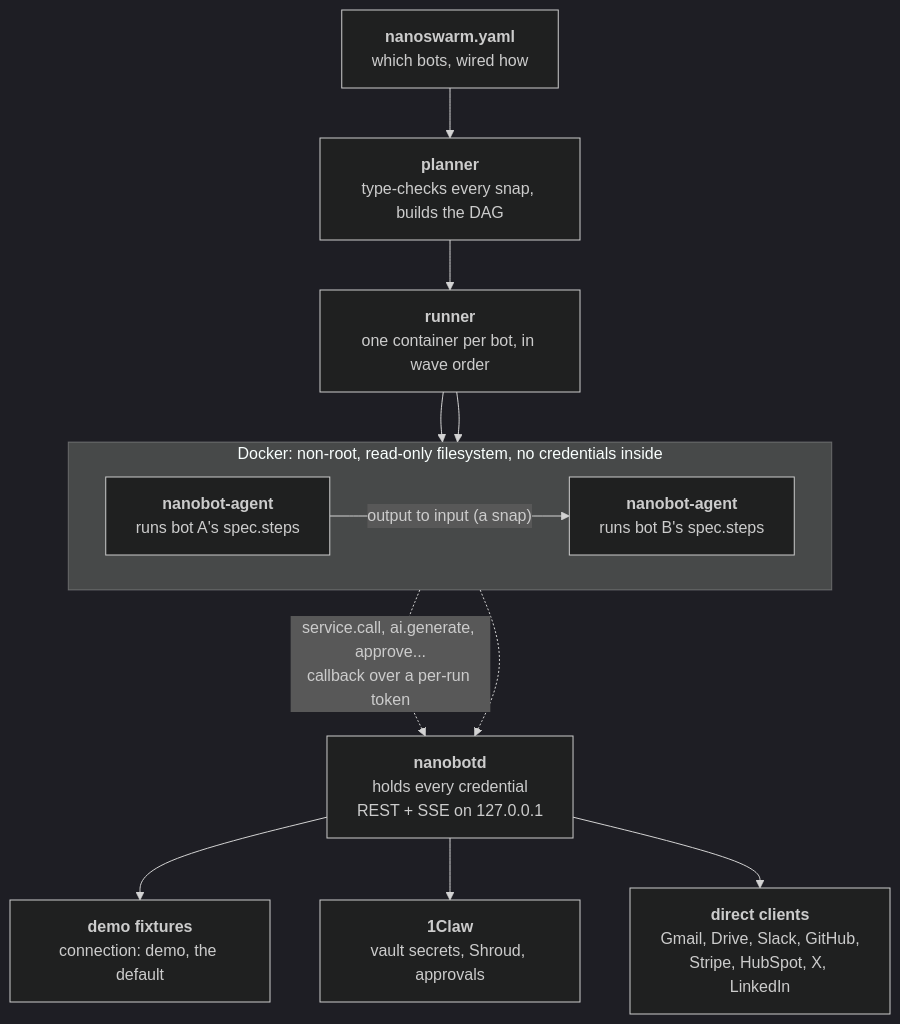
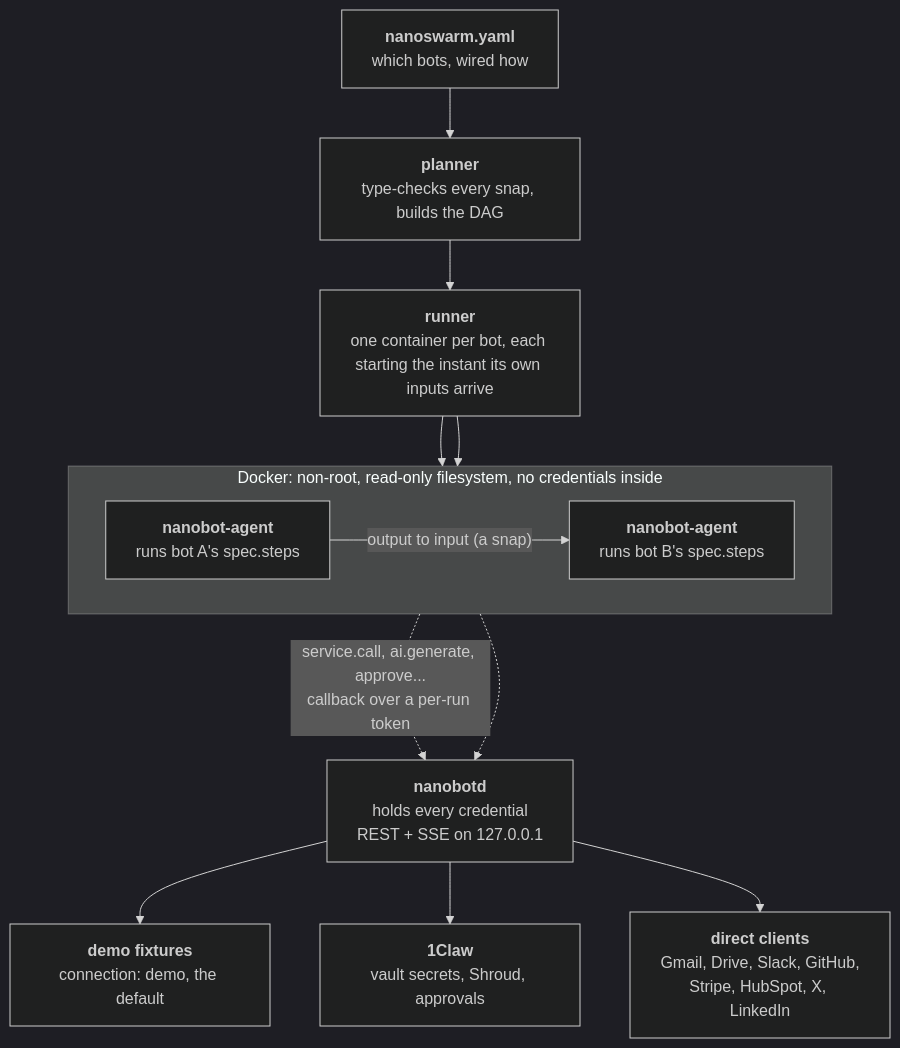
The diagram in docs/architecture.md (redbotster/nanobots), drawn with Mermaid (dark theme) before and after one commit. The commit also changed other lines of this file and 13 other files, not shown here.

````diff
--- a/docs/architecture.md
+++ b/docs/architecture.md
@@ -7,24 +7,24 @@
 ```mermaid
 flowchart TB
     swarm["<b>nanoswarm.yaml</b><br/>which bots, wired how"]
     planner["<b>planner</b><br/>type-checks every snap, builds the DAG"]
-    runner["<b>runner</b><br/>one container per bot, in wave order"]
+    runner["<b>runner</b><br/>one container per bot, each starting the instant its own inputs arrive"]
     swarm --> planner --> runner
 
     subgraph sandbox["Docker: non-root, read-only filesystem, no credentials inside"]
         direction LR
         a["<b>nanobot-agent</b><br/>runs bot A's spec.steps"]
         b["<b>nanobot-agent</b><br/>runs bot B's spec.steps"]
     end
     runner --> a
     runner --> b
     a -- "output to input (a snap)" --> b
 
     daemon["<b>nanobotd</b><br/>holds every credential<br/>REST + SSE on 127.0.0.1"]
     a -. "service.call, ai.generate, approve...<br/>callback over a per-run token" .-> daemon
     b -. " " .-> daemon
 
     daemon --> fixtures["<b>demo fixtures</b><br/>connection: demo, the default"]
     daemon --> oneclaw["<b>1Claw</b><br/>vault secrets, Shroud, approvals"]
     daemon --> clients["<b>direct clients</b><br/>Gmail, Drive, Slack, GitHub,<br/>Stripe, HubSpot, X, LinkedIn"]
 ```
````
